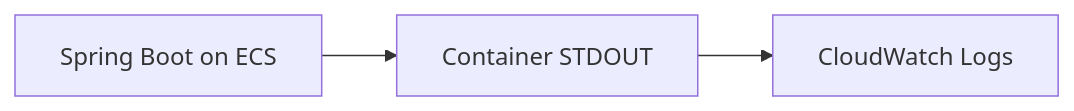
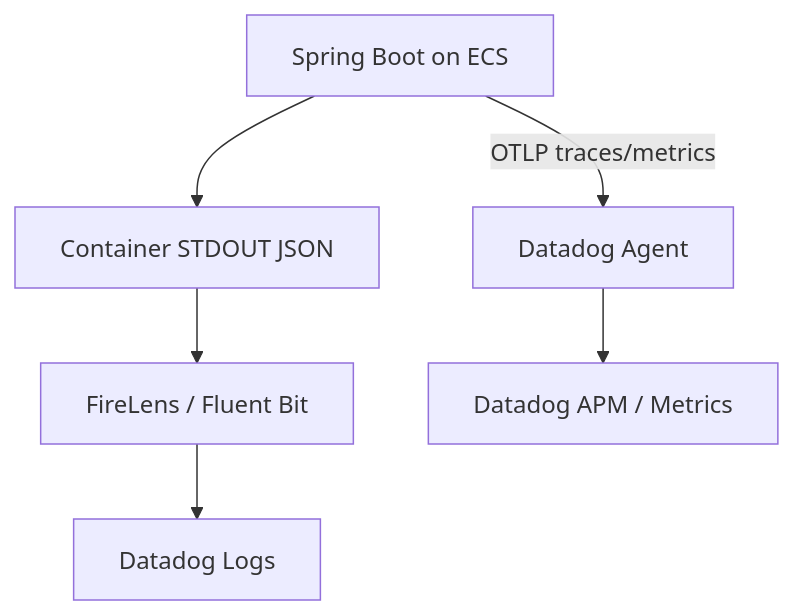
One commit to rafty/Todo-ECS-Observability-Sample changed the diagram in docs/backend/logging.md. Above: the diagram before and after it, drawn with Mermaid. The commit also changed other lines of this file and 26 other files, not shown here.

````diff
--- a/docs/backend/logging.md
+++ b/docs/backend/logging.md
@@ -89,5 +103,8 @@
 ```mermaid
-flowchart LR
-  App[Spring Boot on ECS] --> Stdout[Container STDOUT]
-  Stdout --> Cw[CloudWatch Logs]
+flowchart TB
+  App[Spring Boot on ECS] --> Stdout[Container STDOUT JSON]
+  Stdout --> FireLens[FireLens / Fluent Bit]
+  FireLens --> DDLogs[Datadog Logs]
+  App -->|OTLP traces/metrics| DDAgent[Datadog Agent]
+  DDAgent --> DDApm[Datadog APM / Metrics]
 ```
````
